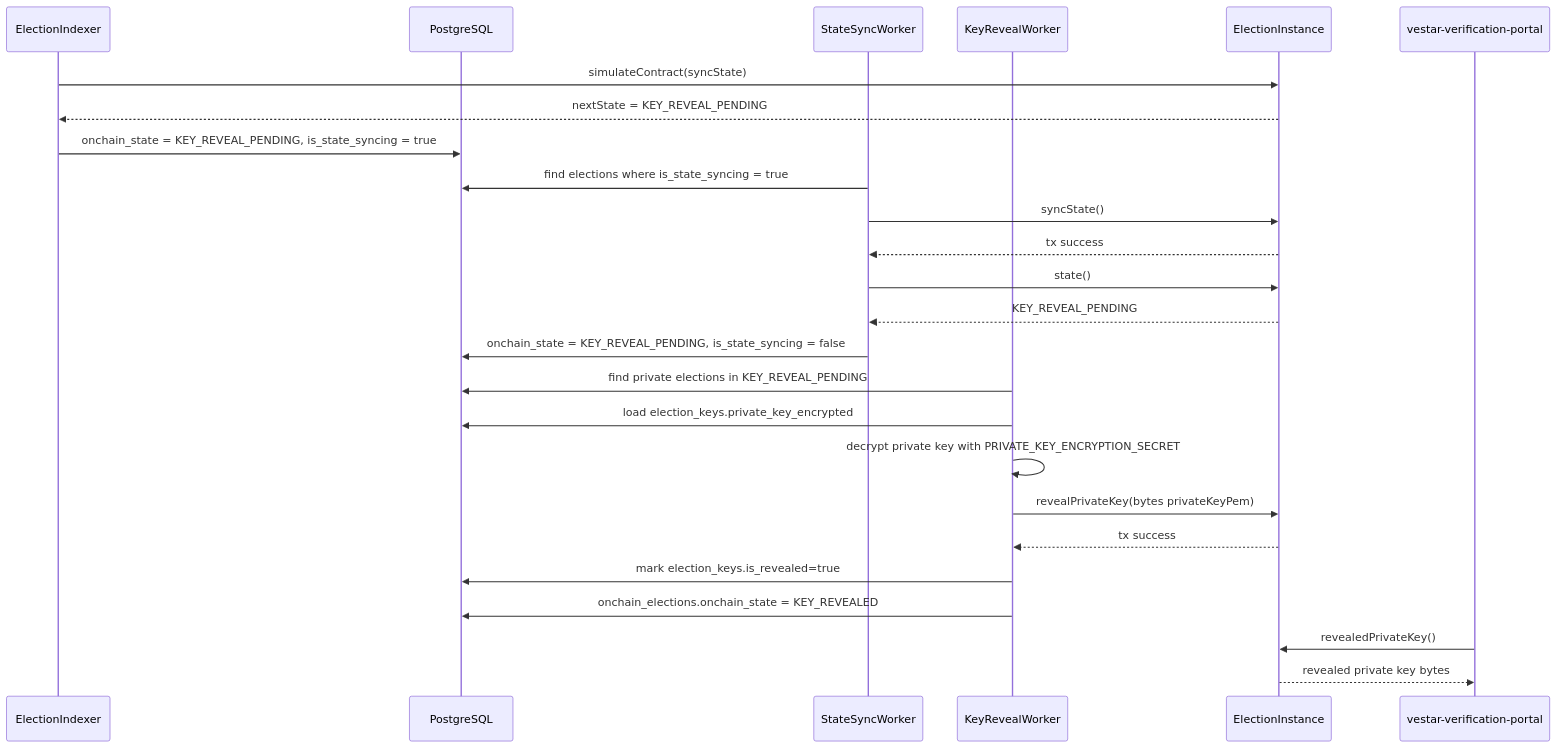
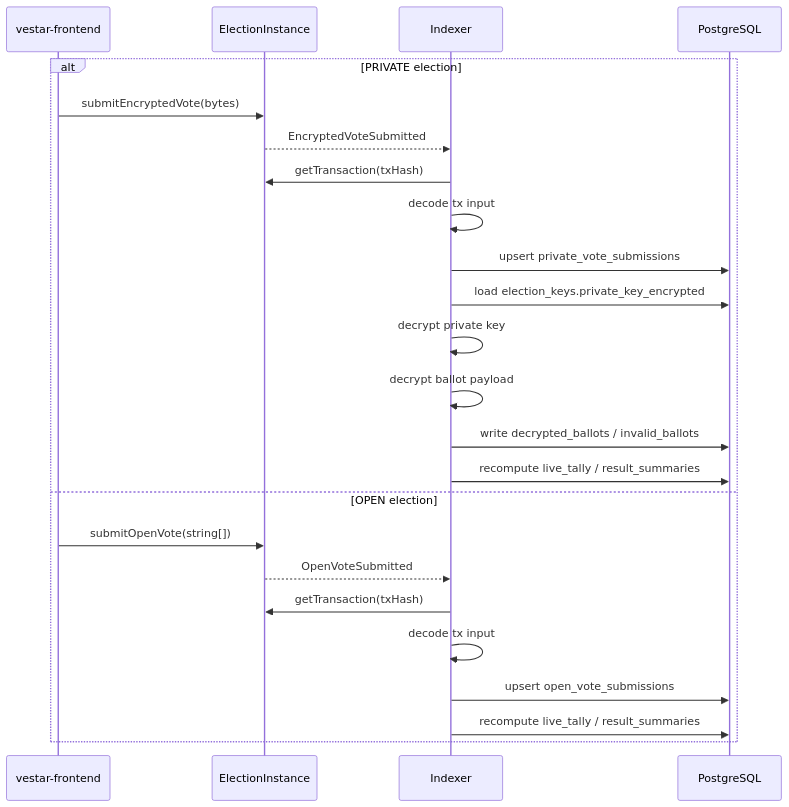
The sixth of 7 diagrams in README.md (VESTAr-BAY/vestar-backend), drawn with Mermaid before and after one commit. The commit also changed other lines of this file, not shown here.

Commit message:
docs: refresh backend architecture readme

````diff
--- a/README.md
+++ b/README.md
@@ -230,31 +237,27 @@
 ```mermaid
 sequenceDiagram
-  participant IDX as ElectionIndexer
+  participant FE as vestar-frontend
+  participant EL as ElectionInstance
+  participant IDX as Indexer
   participant DB as PostgreSQL
-  participant SS as StateSyncWorker
-  participant KR as KeyRevealWorker
-  participant EL as ElectionInstance
-  participant PORTAL as vestar-verification-portal
 
-  IDX->>EL: simulateContract(syncState)
-  EL-->>IDX: nextState = KEY_REVEAL_PENDING
-  IDX->>DB: onchain_state = KEY_REVEAL_PENDING, is_state_syncing = true
-
-  SS->>DB: find elections where is_state_syncing = true
-  SS->>EL: syncState()
-  EL-->>SS: tx success
-  SS->>EL: state()
-  EL-->>SS: KEY_REVEAL_PENDING
-  SS->>DB: onchain_state = KEY_REVEAL_PENDING, is_state_syncing = false
-
-  KR->>DB: find private elections in KEY_REVEAL_PENDING
-  KR->>DB: load election_keys.private_key_encrypted
-  KR->>KR: decrypt private key with PRIVATE_KEY_ENCRYPTION_SECRET
-  KR->>EL: revealPrivateKey(bytes privateKeyPem)
-  EL-->>KR: tx success
-  KR->>DB: mark election_keys.is_revealed=true
-  KR->>DB: onchain_elections.onchain_state = KEY_REVEALED
-
-  PORTAL->>EL: revealedPrivateKey()
-  EL-->>PORTAL: revealed private key bytes
+  alt PRIVATE election
+    FE->>EL: submitEncryptedVote(bytes)
+    EL-->>IDX: EncryptedVoteSubmitted
+    IDX->>EL: getTransaction(txHash)
+    IDX->>IDX: decode tx input
+    IDX->>DB: upsert private_vote_submissions
+    IDX->>DB: load election_keys.private_key_encrypted
+    IDX->>IDX: decrypt private key
+    IDX->>IDX: decrypt ballot payload
+    IDX->>DB: write decrypted_ballots / invalid_ballots
+    IDX->>DB: recompute live_tally / result_summaries
+  else OPEN election
+    FE->>EL: submitOpenVote(string[])
+    EL-->>IDX: OpenVoteSubmitted
+    IDX->>EL: getTransaction(txHash)
+    IDX->>IDX: decode tx input
+    IDX->>DB: upsert open_vote_submissions
+    IDX->>DB: recompute live_tally / result_summaries
+  end
 ```
````
